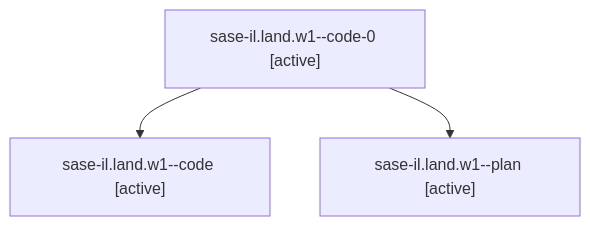
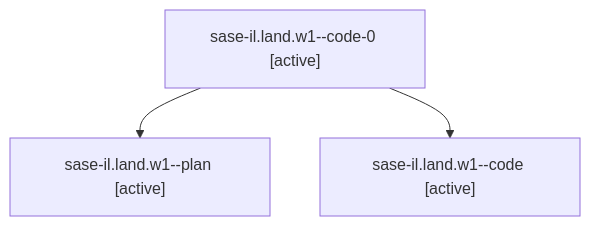
One commit to sase-org/sase--agents changed the diagram in families/bbugyi200.athena.sase-il.land.w1.md. Above: the diagram before and after it, drawn with Mermaid. The commit also changed 45 other files, not shown here.

````diff
--- a/families/bbugyi200.athena.sase-il.land.w1.md
+++ b/families/bbugyi200.athena.sase-il.land.w1.md
@@ -9,8 +9,8 @@
 ```mermaid
 flowchart TD
   n0["sase-il.land.w1--code-0 [active]"]
-  n1["sase-il.land.w1--code [active]"]
+  n1["sase-il.land.w1--plan [active]"]
   n0 --> n1
-  n2["sase-il.land.w1--plan [active]"]
+  n2["sase-il.land.w1--code [active]"]
   n0 --> n2
 ```
````
